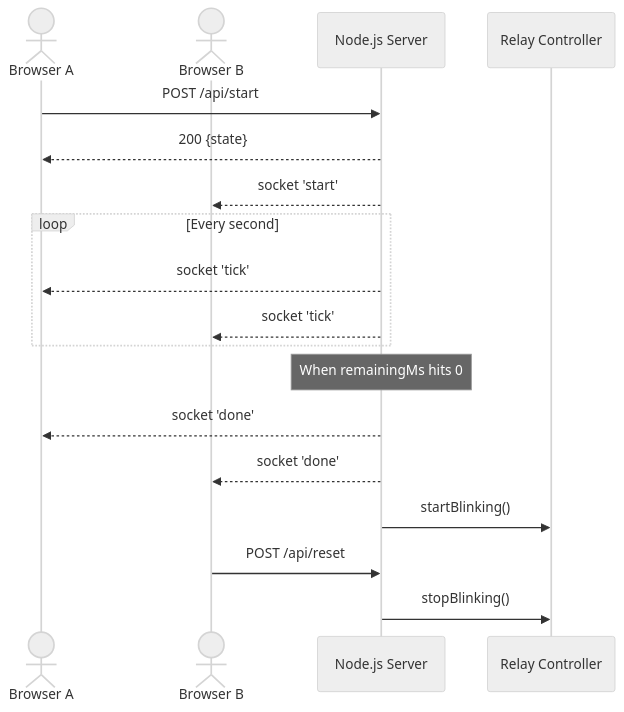
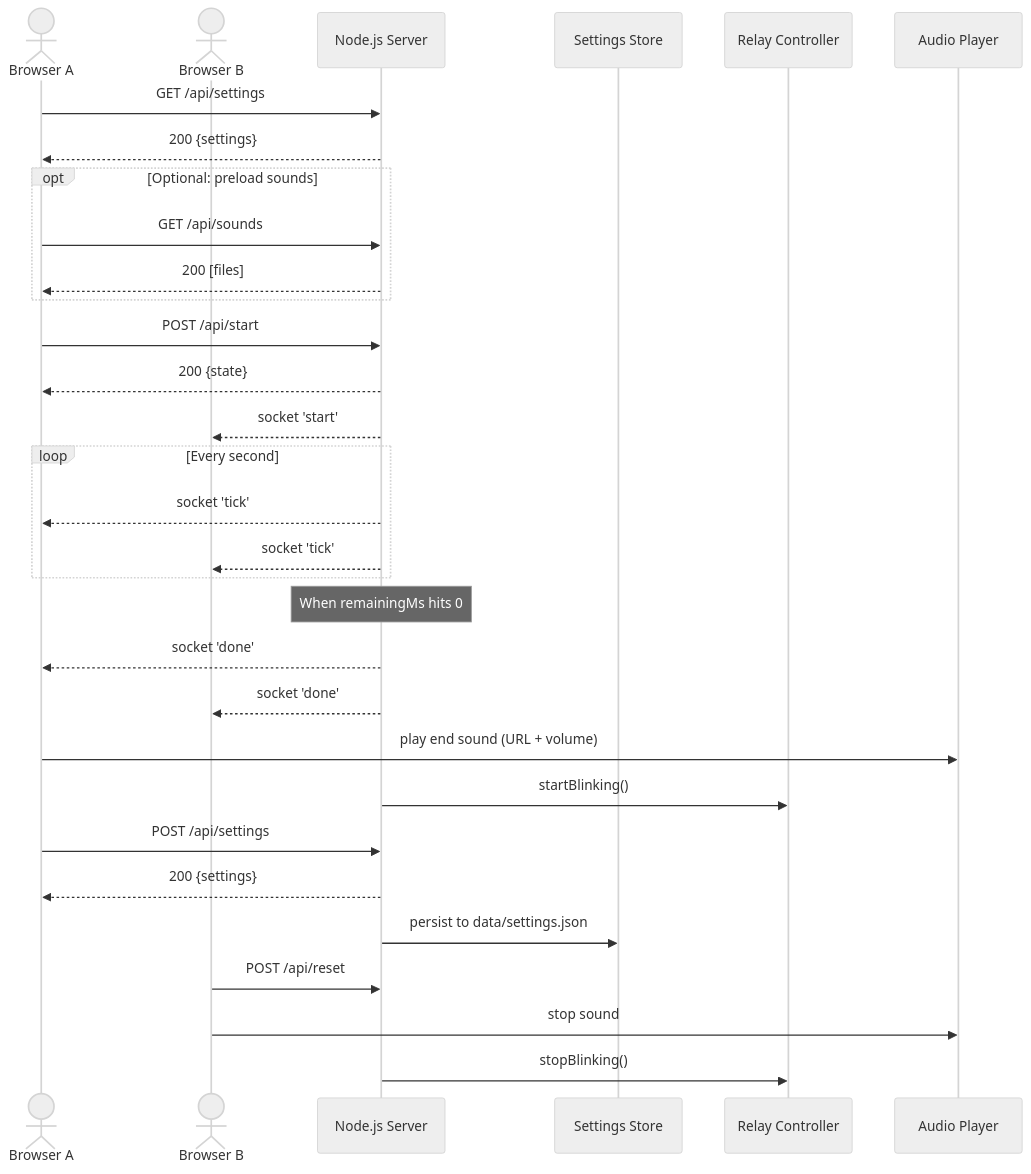
The second of 2 diagrams in README.md (xaxy55/tournament-countdown), drawn with Mermaid (neutral theme) before and after one commit. The commit also changed other lines of this file, not shown here.

Commit message:
feat: enhance README with Buy Me a Coffee button and update API documentation for settings and sounds

````diff
--- a/README.md
+++ b/README.md
@@ -199,21 +220,37 @@
 ```mermaid
 sequenceDiagram
 	actor BrowserA as Browser A
 	actor BrowserB as Browser B
 	participant Server as Node.js Server
+	participant Settings as Settings Store
 	participant GPIO as Relay Controller
+	participant Audio as Audio Player
+
+	BrowserA->>Server: GET /api/settings
+	Server-->>BrowserA: 200 {settings}
+	opt Optional: preload sounds
+		BrowserA->>Server: GET /api/sounds
+		Server-->>BrowserA: 200 [files]
+	end
 
 	BrowserA->>Server: POST /api/start
 	Server-->>BrowserA: 200 {state}
 	Server-->>BrowserB: socket 'start'
 	loop Every second
 		Server-->>BrowserA: socket 'tick'
 		Server-->>BrowserB: socket 'tick'
 	end
 	note over Server: When remainingMs hits 0
 	Server-->>BrowserA: socket 'done'
 	Server-->>BrowserB: socket 'done'
+	BrowserA->>Audio: play end sound (URL + volume)
 	Server->>GPIO: startBlinking()
+
+	BrowserA->>Server: POST /api/settings
+	Server-->>BrowserA: 200 {settings}
+	Server->>Settings: persist to data/settings.json
+
 	BrowserB->>Server: POST /api/reset
+	BrowserB->>Audio: stop sound
 	Server->>GPIO: stopBlinking()
 ```
````
